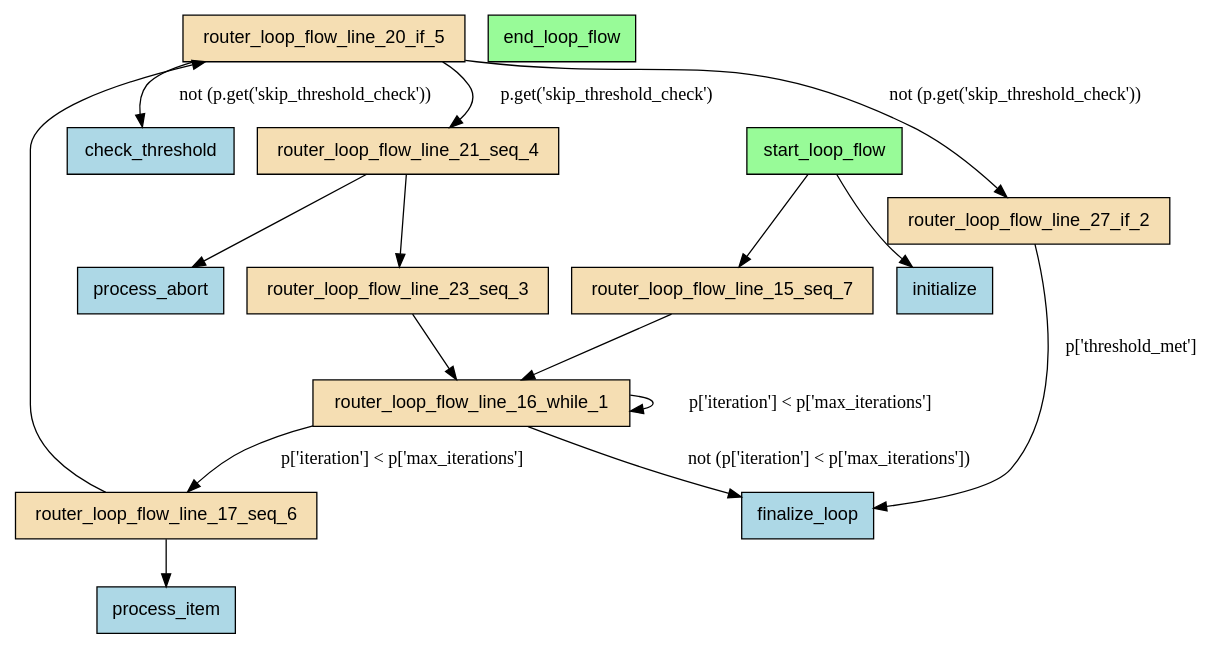
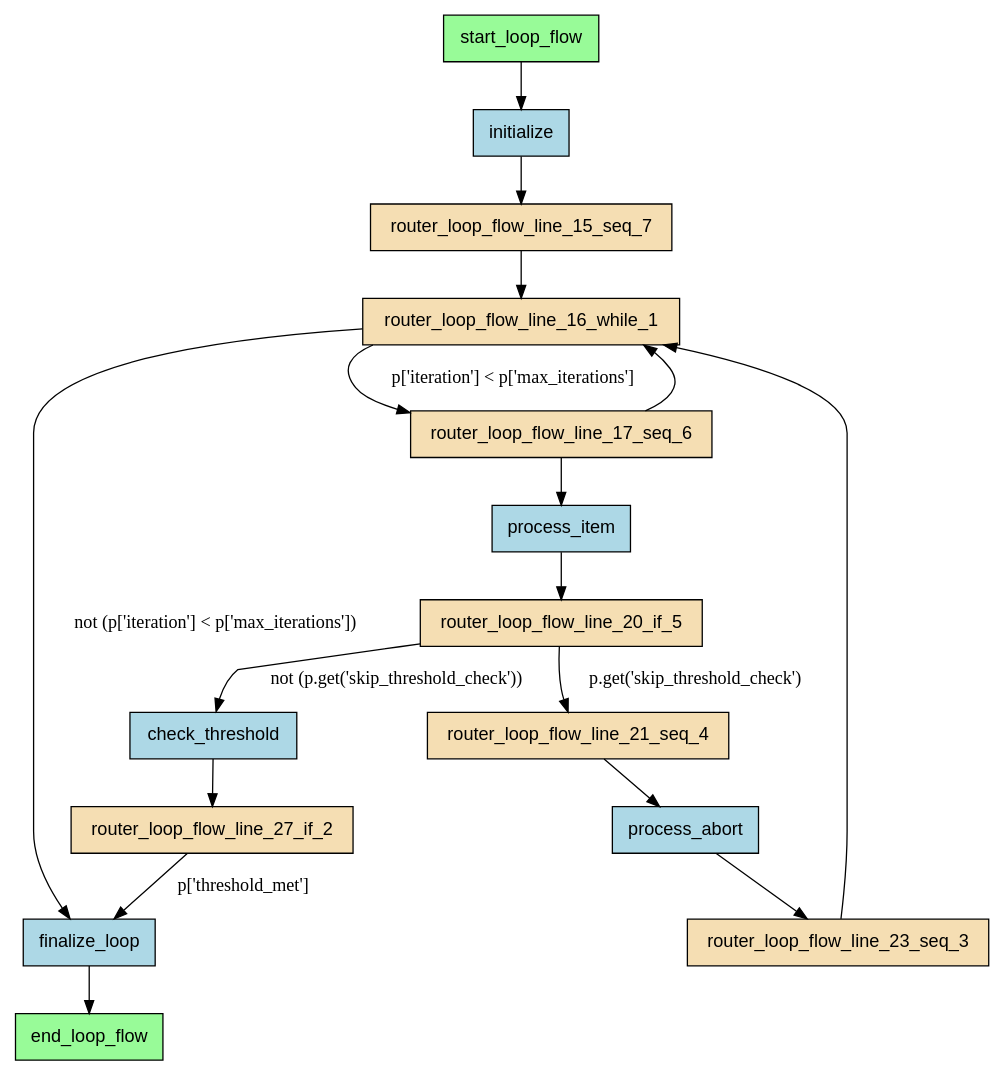
The diagram in examples/flows/compiled/while_loop_processing/flow.dot (deliveryhero/asya), drawn with Graphviz before and after one commit. The commit also changed 224 other files, not shown here.

```diff
--- a/examples/flows/compiled/while_loop_processing/flow.dot
+++ b/examples/flows/compiled/while_loop_processing/flow.dot
@@ -1,35 +1,36 @@
 digraph "loop_flow" {
     rankdir=TB;
     node [shape=box, style=filled, fontname="Helvetica"];
 
     check_threshold [label="check_threshold", fillcolor=lightblue];
     end_loop_flow [label="end_loop_flow", fillcolor=palegreen];
     finalize_loop [label="finalize_loop", fillcolor=lightblue];
     initialize [label="initialize", fillcolor=lightblue];
     process_abort [label="process_abort", fillcolor=lightblue];
     process_item [label="process_item", fillcolor=lightblue];
     router_loop_flow_line_15_seq_7 [label="router_loop_flow_line_15_seq_7", fillcolor=wheat];
     router_loop_flow_line_16_while_1 [label="router_loop_flow_line_16_while_1", fillcolor=wheat];
     router_loop_flow_line_17_seq_6 [label="router_loop_flow_line_17_seq_6", fillcolor=wheat];
     router_loop_flow_line_20_if_5 [label="router_loop_flow_line_20_if_5", fillcolor=wheat];
     router_loop_flow_line_21_seq_4 [label="router_loop_flow_line_21_seq_4", fillcolor=wheat];
     router_loop_flow_line_23_seq_3 [label="router_loop_flow_line_23_seq_3", fillcolor=wheat];
     router_loop_flow_line_27_if_2 [label="router_loop_flow_line_27_if_2", fillcolor=wheat];
     start_loop_flow [label="start_loop_flow", fillcolor=palegreen];
 
     start_loop_flow -> initialize;
-    start_loop_flow -> router_loop_flow_line_15_seq_7;
+    initialize -> router_loop_flow_line_15_seq_7;
     router_loop_flow_line_27_if_2 -> finalize_loop [label="p['threshold_met']"];
     router_loop_flow_line_23_seq_3 -> router_loop_flow_line_16_while_1;
     router_loop_flow_line_21_seq_4 -> process_abort;
-    router_loop_flow_line_21_seq_4 -> router_loop_flow_line_23_seq_3;
+    process_abort -> router_loop_flow_line_23_seq_3;
     router_loop_flow_line_20_if_5 -> router_loop_flow_line_21_seq_4 [label="p.get('skip_threshold_check')"];
     router_loop_flow_line_20_if_5 -> check_threshold [label="not (p.get('skip_threshold_check'))"];
-    router_loop_flow_line_20_if_5 -> router_loop_flow_line_27_if_2 [label="not (p.get('skip_threshold_check'))"];
+    check_threshold -> router_loop_flow_line_27_if_2;
     router_loop_flow_line_17_seq_6 -> process_item;
-    router_loop_flow_line_17_seq_6 -> router_loop_flow_line_20_if_5;
+    process_item -> router_loop_flow_line_20_if_5;
     router_loop_flow_line_16_while_1 -> router_loop_flow_line_17_seq_6 [label="p['iteration'] < p['max_iterations']"];
-    router_loop_flow_line_16_while_1 -> router_loop_flow_line_16_while_1 [label="p['iteration'] < p['max_iterations']"];
+    router_loop_flow_line_17_seq_6 -> router_loop_flow_line_16_while_1;
     router_loop_flow_line_16_while_1 -> finalize_loop [label="not (p['iteration'] < p['max_iterations'])"];
     router_loop_flow_line_15_seq_7 -> router_loop_flow_line_16_while_1;
+    finalize_loop -> end_loop_flow;
 }
```
